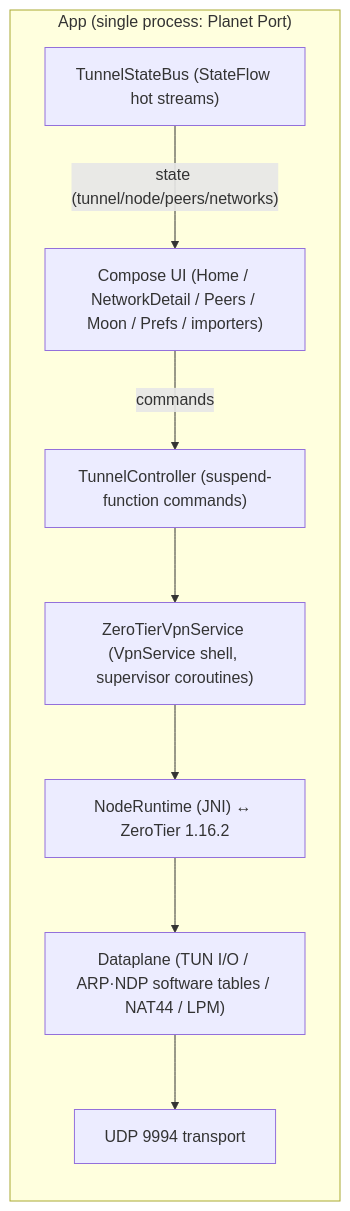
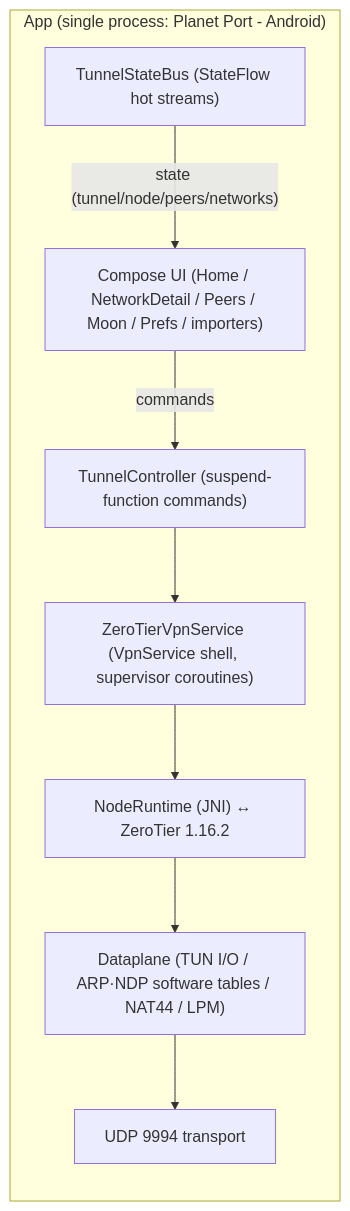
The diagram in README.en.md (planet-port/planet-port-android), drawn with Mermaid before and after one commit. The commit also changed other lines of this file and 3 other files, not shown here.

First line of the commit message:
docs(readme): 软件名称定为 Planet Port - Android，分支更名同步 CI

````diff
--- a/README.en.md
+++ b/README.en.md
@@ -63,14 +63,14 @@
 ```mermaid
 flowchart LR
-    subgraph App["App (single process: Planet Port)"]
+    subgraph App["App (single process: Planet Port - Android)"]
         UI["Compose UI (Home / NetworkDetail / Peers / Moon / Prefs / importers)"]
         TC["TunnelController (suspend-function commands)"]
         VPN["ZeroTierVpnService (VpnService shell, supervisor coroutines)"]
         RT["NodeRuntime (JNI) ↔ ZeroTier 1.16.2"]
         DP["Dataplane (TUN I/O / ARP·NDP software tables / NAT44 / LPM)"]
         UDP["UDP 9994 transport"]
         BUS["TunnelStateBus (StateFlow hot streams)"]
     end
     UI -- "commands" --> TC --> VPN --> RT --> DP --> UDP
     BUS -- "state (tunnel/node/peers/networks)" --> UI
 ```
````
